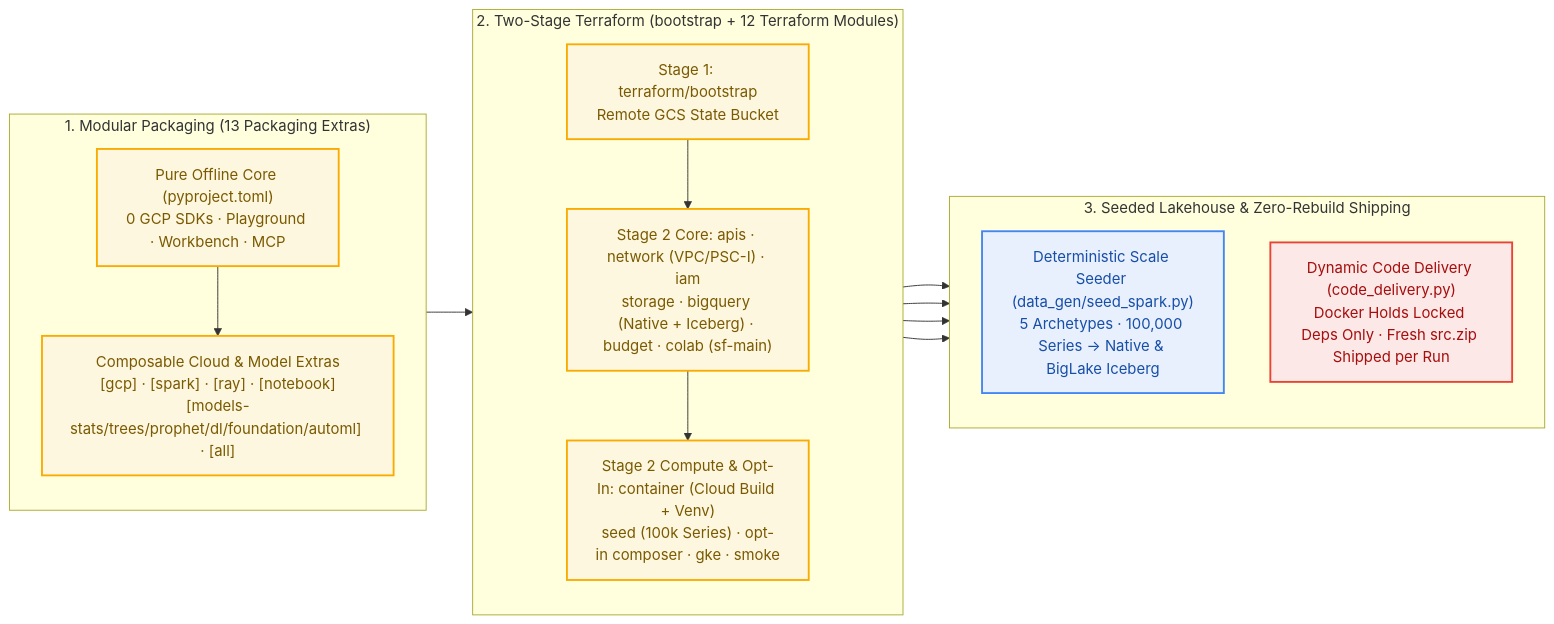
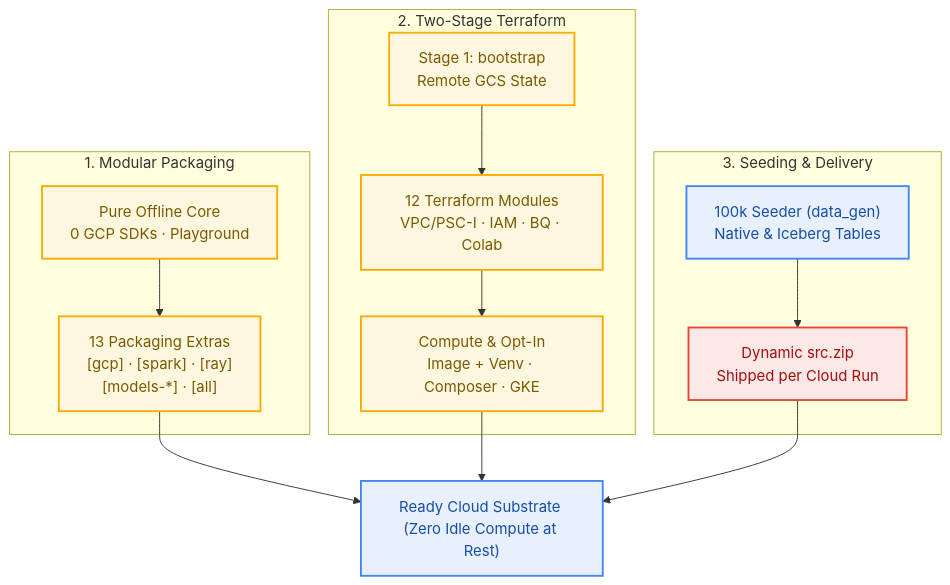
One commit to statmike/scale-forecasting changed the fourth of 17 diagrams in docs/visual_architecture.md. Above: the diagram before and after it, drawn with Mermaid. The commit also changed other lines of this file and 14 other files, not shown here.

Commit message:
docs(mermaid): reconfigure wide diagrams to vertical TD layout with concise labels

````diff
--- a/docs/visual_architecture.md
+++ b/docs/visual_architecture.md
@@ -139,33 +142,32 @@
 ```mermaid
-flowchart LR
-    subgraph PKG["1. Modular Packaging (13 Packaging Extras)"]
-        direction TB
-        CORE_PKG["Pure Offline Core (pyproject.toml)<br/>0 GCP SDKs · Playground · Workbench · MCP"]
-        EXT_PKG["Composable Cloud & Model Extras<br/>[gcp] · [spark] · [ray] · [notebook]<br/>[models-stats/trees/prophet/dl/foundation/automl] · [all]"]
+flowchart TD
+    subgraph PKG["1. Modular Packaging"]
+        CORE_PKG["Pure Offline Core<br/>0 GCP SDKs · Playground"]
+        EXT_PKG["13 Packaging Extras<br/>[gcp] · [spark] · [ray]<br/>[models-*] · [all]"]
         CORE_PKG --> EXT_PKG
     end
 
-    subgraph TF["2. Two-Stage Terraform (bootstrap + 12 Terraform Modules)"]
-        direction TB
-        TF1["Stage 1: terraform/bootstrap<br/>Remote GCS State Bucket"]
-        TF2["Stage 2 Core: apis · network (VPC/PSC-I) · iam<br/>storage · bigquery (Native + Iceberg) · budget · colab (sf-main)"]
-        TF3["Stage 2 Compute & Opt-In: container (Cloud Build + Venv)<br/>seed (100k Series) · opt-in composer · gke · smoke"]
+    subgraph TF["2. Two-Stage Terraform"]
+        TF1["Stage 1: bootstrap<br/>Remote GCS State"]
+        TF2["12 Terraform Modules<br/>VPC/PSC-I · IAM · BQ · Colab"]
+        TF3["Compute & Opt-In<br/>Image + Venv · Composer · GKE"]
         TF1 --> TF2 --> TF3
     end
 
-    subgraph SHIP["3. Seeded Lakehouse & Zero-Rebuild Shipping"]
-        direction TB
-        SEED["Deterministic Scale Seeder (data_gen/seed_spark.py)<br/>5 Archetypes · 100,000 Series -> Native & BigLake Iceberg"]
-        ZIP["Dynamic Code Delivery (code_delivery.py)<br/>Docker Holds Locked Deps Only · Fresh src.zip Shipped per Run"]
+    subgraph SHIP["3. Seeding & Delivery"]
+        SEED["100k Seeder (data_gen)<br/>Native & Iceberg Tables"]
+        ZIP["Dynamic src.zip<br/>Shipped per Cloud Run"]
+        SEED --> ZIP
     end
 
-    EXT_PKG --> TF3
-    TF2 & TF3 --> SEED & ZIP
+    READY["Ready Cloud Substrate (Zero Idle Compute at Rest)"]
+
+    EXT_PKG & TF3 & ZIP --> READY
 
     classDef data fill:#E8F0FE,stroke:#4285F4,stroke-width:2px,color:#174EA6
     classDef config fill:#FEF7E0,stroke:#F9AB00,stroke-width:2px,color:#7A5A00
     classDef route fill:#FCE8E6,stroke:#EA4335,stroke-width:2px,color:#A50E0E
     class CORE_PKG,EXT_PKG,TF1,TF2,TF3 config
-    class SEED data
+    class SEED,READY data
     class ZIP route
 ```
````
